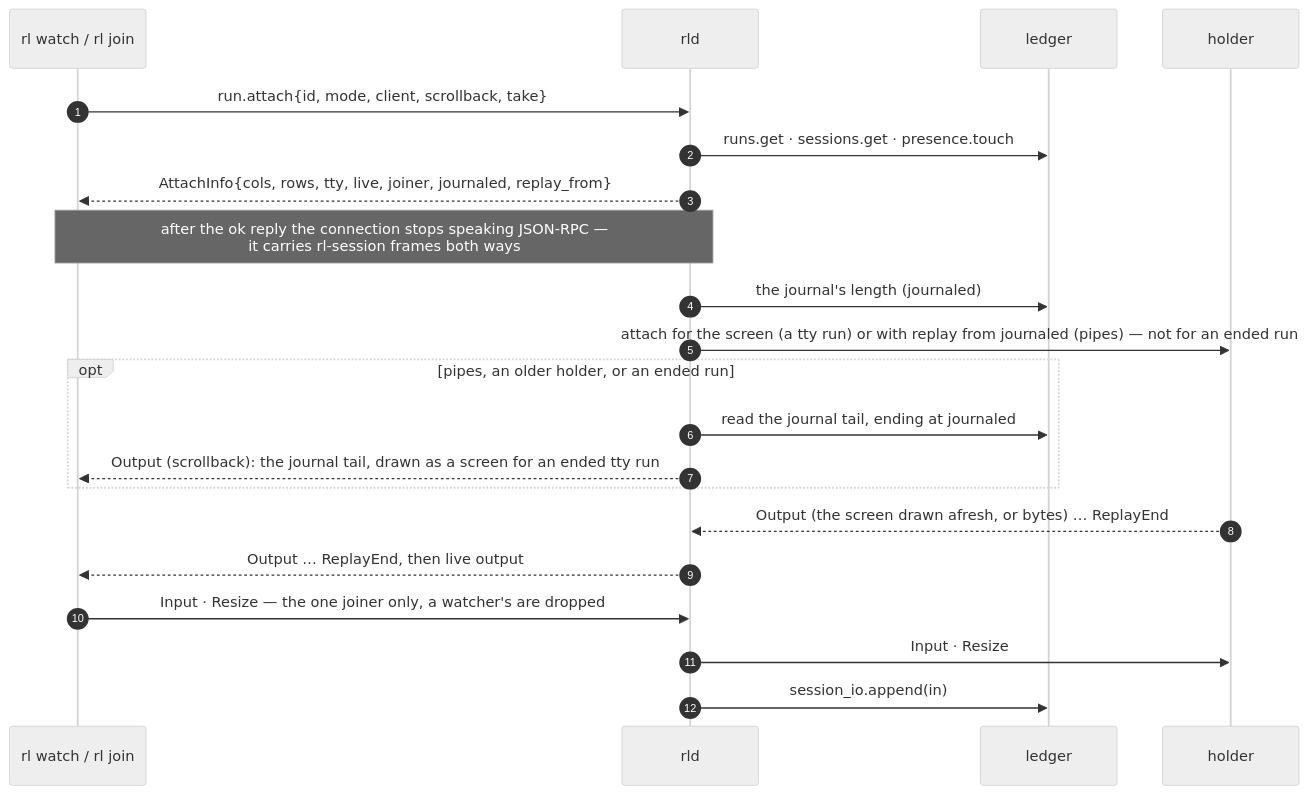
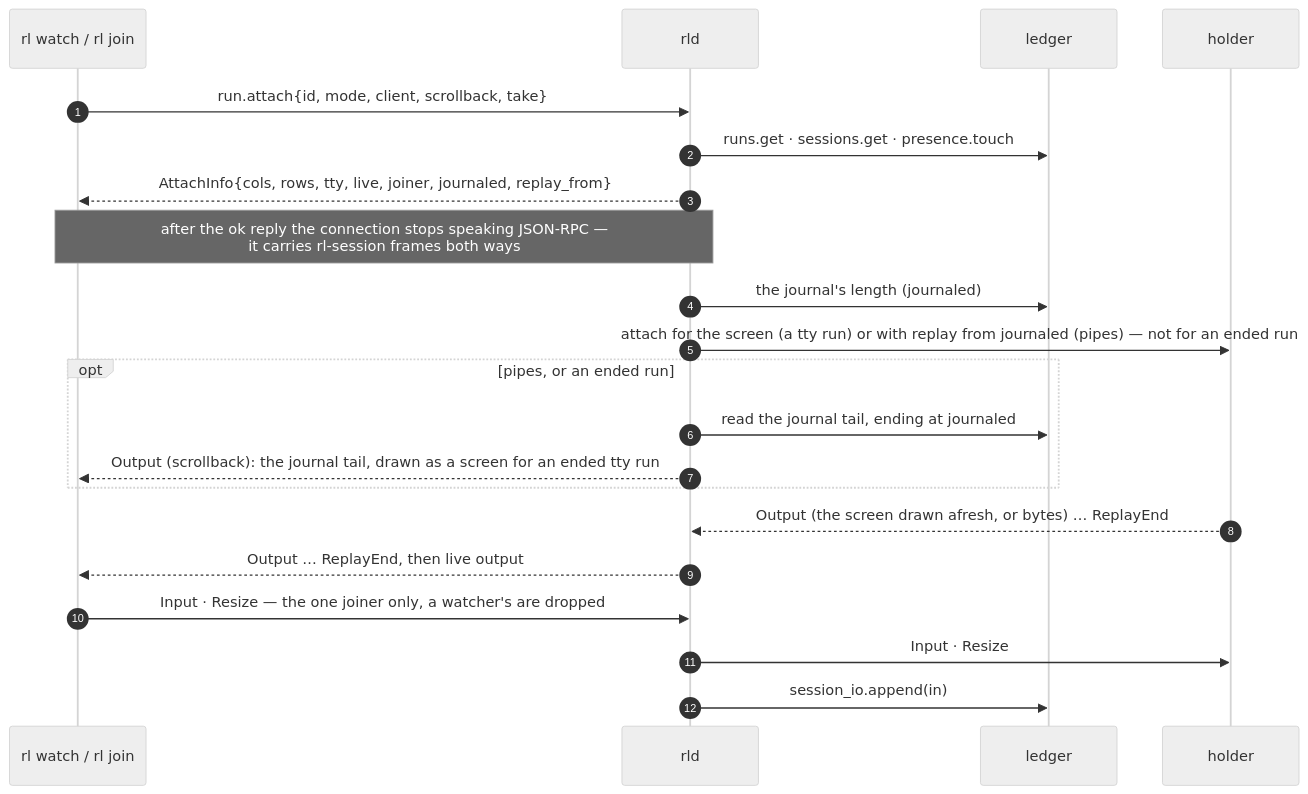
One commit to instilled/relay changed the fourth of 6 diagrams in docs/ARCHITECTURE.md. Above: the diagram before and after it, drawn with Mermaid (neutral theme). The commit also changed other lines of this file and 6 other files, not shown here.

````diff
--- a/docs/ARCHITECTURE.md
+++ b/docs/ARCHITECTURE.md
@@ -199,26 +199,26 @@
 ```mermaid
 sequenceDiagram
     autonumber
     participant V as rl watch / rl join
     participant D as rld
     participant L as ledger
     participant S as holder
 
     V->>D: run.attach{id, mode, client, scrollback, take}
     D->>L: runs.get · sessions.get · presence.touch
     D-->>V: AttachInfo{cols, rows, tty, live, joiner, journaled, replay_from}
     Note over V,D: after the ok reply the connection stops speaking JSON-RPC —<br/>it carries rl-session frames both ways
 
     D->>L: the journal's length (journaled)
     D->>S: attach for the screen (a tty run) or with replay from journaled (pipes) — not for an ended run
-    opt pipes, an older holder, or an ended run
+    opt pipes, or an ended run
         D->>L: read the journal tail, ending at journaled
         D-->>V: Output (scrollback): the journal tail, drawn as a screen for an ended tty run
     end
     S-->>D: Output (the screen drawn afresh, or bytes) … ReplayEnd
     D-->>V: Output … ReplayEnd, then live output
 
     V->>D: Input · Resize — the one joiner only, a watcher's are dropped
     D->>S: Input · Resize
     D->>L: session_io.append(in)
 ```
````
